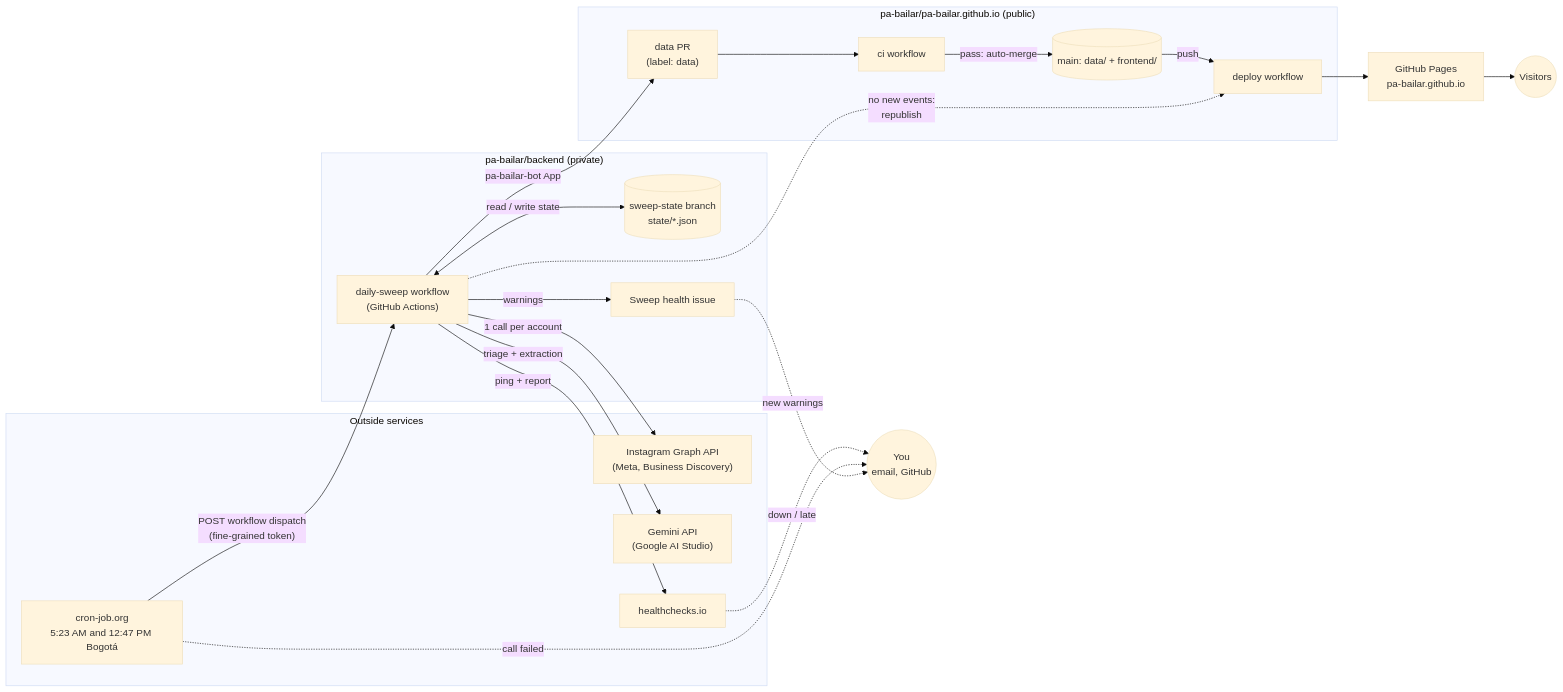
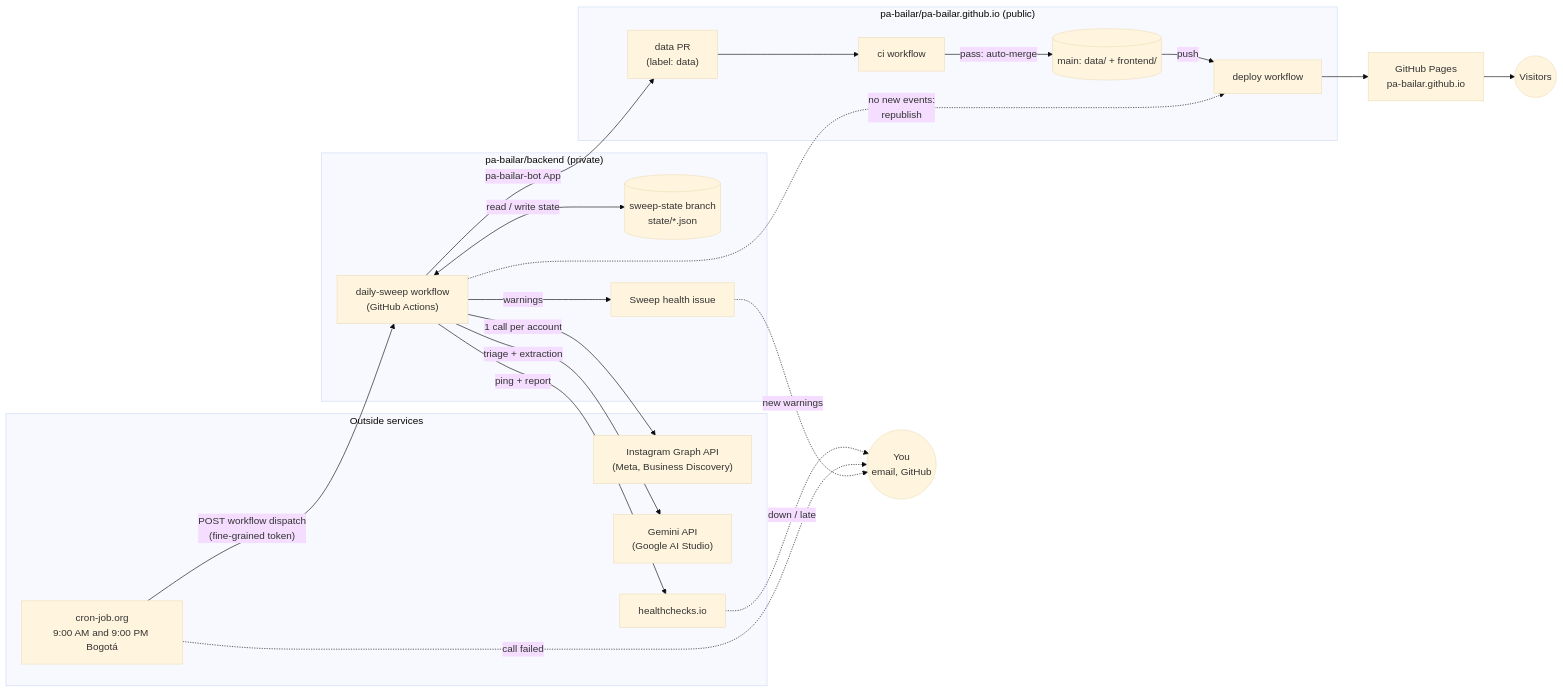
Before and after one commit to pa-bailar/backend: the first of 12 diagrams in docs/ARCHITECTURE.md, drawn with Mermaid (base theme). The commit also changed other lines of this file and 4 other files, not shown here.

````diff
--- a/docs/ARCHITECTURE.md
+++ b/docs/ARCHITECTURE.md
@@ -39,40 +39,40 @@
 ```mermaid
 flowchart LR
     subgraph Outside["Outside services"]
-        CJ["cron-job.org<br/>5:23 AM and 12:47 PM Bogotá"]
+        CJ["cron-job.org<br/>9:00 AM and 9:00 PM Bogotá"]
         IG["Instagram Graph API<br/>(Meta, Business Discovery)"]
         GM["Gemini API<br/>(Google AI Studio)"]
         HC["healthchecks.io"]
     end
 
     subgraph Backend["pa-bailar/backend (private)"]
         WF["daily-sweep workflow<br/>(GitHub Actions)"]
         SS[("sweep-state branch<br/>state/*.json")]
         ISS["Sweep health issue"]
     end
 
     subgraph Site["pa-bailar/pa-bailar.github.io (public)"]
         PR["data PR<br/>(label: data)"]
         CI["ci workflow"]
         MAIN[("main: data/ + frontend/")]
         DEP["deploy workflow"]
     end
 
     PAGES["GitHub Pages<br/>pa-bailar.github.io"]
     YOU(("You<br/>email, GitHub"))
     VIS(("Visitors"))
 
     CJ -- "POST workflow dispatch<br/>(fine-grained token)" --> WF
     WF -- "1 call per account" --> IG
     WF -- "triage + extraction" --> GM
     WF <-- "read / write state" --> SS
     WF -- "warnings" --> ISS
     WF -- "ping + report" --> HC
     WF -- "pa-bailar-bot App" --> PR
     PR --> CI -- "pass: auto-merge" --> MAIN
     MAIN -- "push" --> DEP --> PAGES --> VIS
     WF -. "no new events:<br/>republish" .-> DEP
     HC -. "down / late" .-> YOU
     CJ -. "call failed" .-> YOU
     ISS -. "new warnings" .-> YOU
 ```
````
